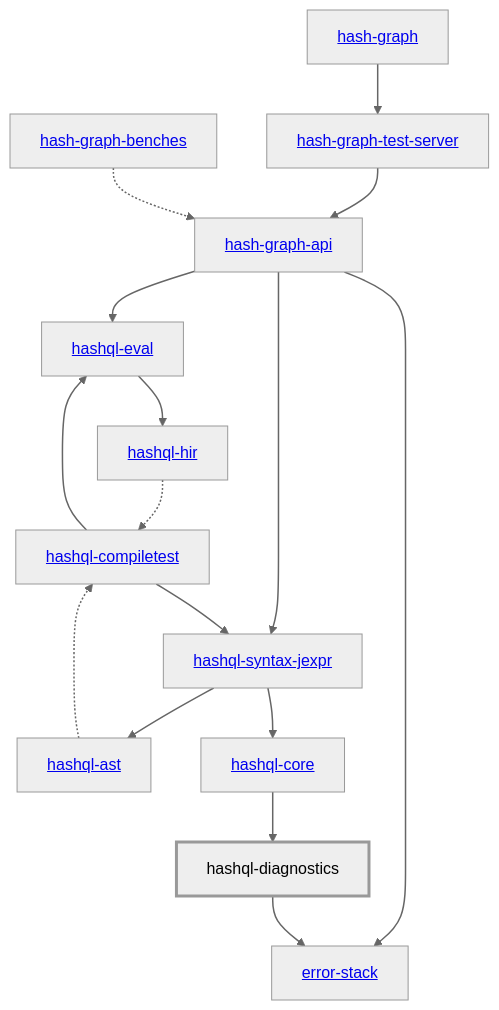
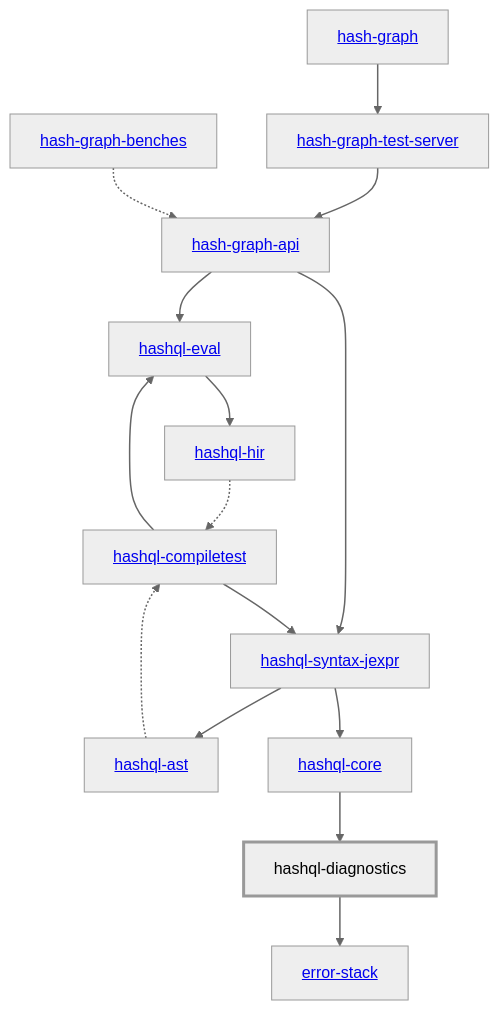
Before and after one commit to hashintel/hash: the diagram in libs/@local/hashql/diagnostics/docs/dependency-diagram.mmd, drawn with Mermaid (neutral theme).

Commit message:
fix: dependencies

```diff
--- a/libs/@local/hashql/diagnostics/docs/dependency-diagram.mmd
+++ b/libs/@local/hashql/diagnostics/docs/dependency-diagram.mmd
@@ -1,38 +1,37 @@
 graph TD
     linkStyle default stroke-width:1.5px
     classDef default stroke-width:1px
     classDef root stroke-width:3px
     classDef dev stroke-width:1px
     classDef build stroke-width:1px
     %% Legend
     %% --> : Normal dependency
     %% -.-> : Dev dependency
     %% ---> : Build dependency
     0[<a href="../hash_graph/index.html">hash-graph</a>]
     1[<a href="../hash_graph_api/index.html">hash-graph-api</a>]
     2[<a href="../hash_graph_test_server/index.html">hash-graph-test-server</a>]
     3[<a href="../hashql_ast/index.html">hashql-ast</a>]
     4[<a href="../hashql_compiletest/index.html">hashql-compiletest</a>]
     5[<a href="../hashql_core/index.html">hashql-core</a>]
     6[hashql-diagnostics]
     class 6 root
     7[<a href="../hashql_eval/index.html">hashql-eval</a>]
     8[<a href="../hashql_hir/index.html">hashql-hir</a>]
     9[<a href="../hashql_syntax_jexpr/index.html">hashql-syntax-jexpr</a>]
     10[<a href="../error_stack/index.html">error-stack</a>]
     11[<a href="../hash_graph_benches/index.html">hash-graph-benches</a>]
     0 --> 2
     1 --> 7
     1 --> 9
-    1 --> 10
     2 --> 1
     3 -.-> 4
     4 --> 7
     4 --> 9
     5 --> 6
     6 --> 10
     7 --> 8
     8 -.-> 4
     9 --> 3
     9 --> 5
     11 -.-> 1
```
